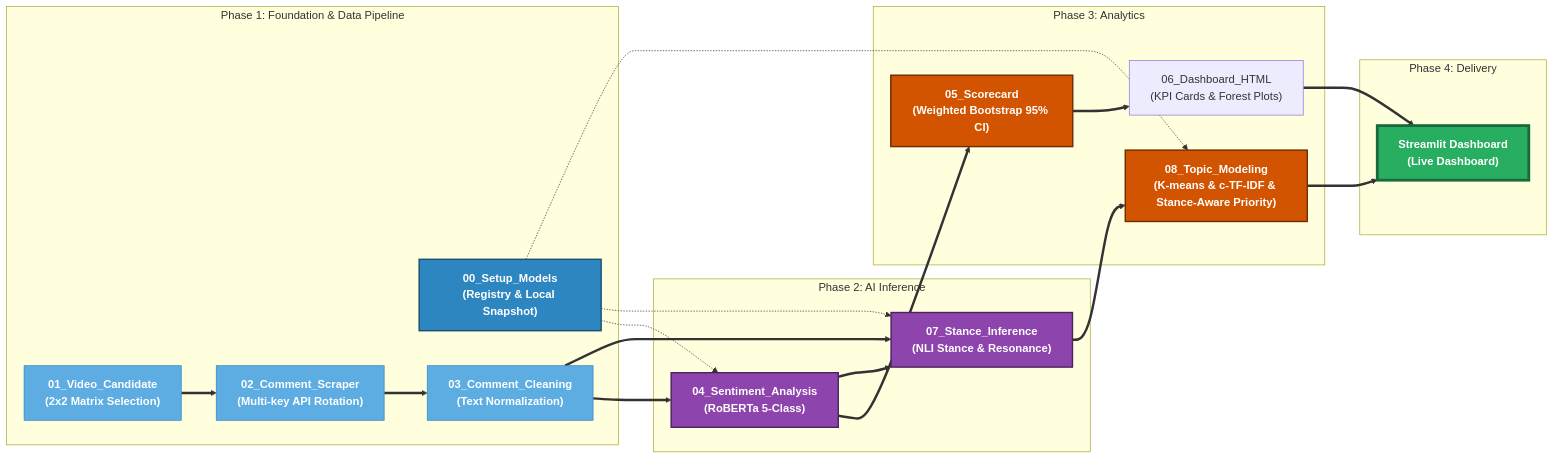
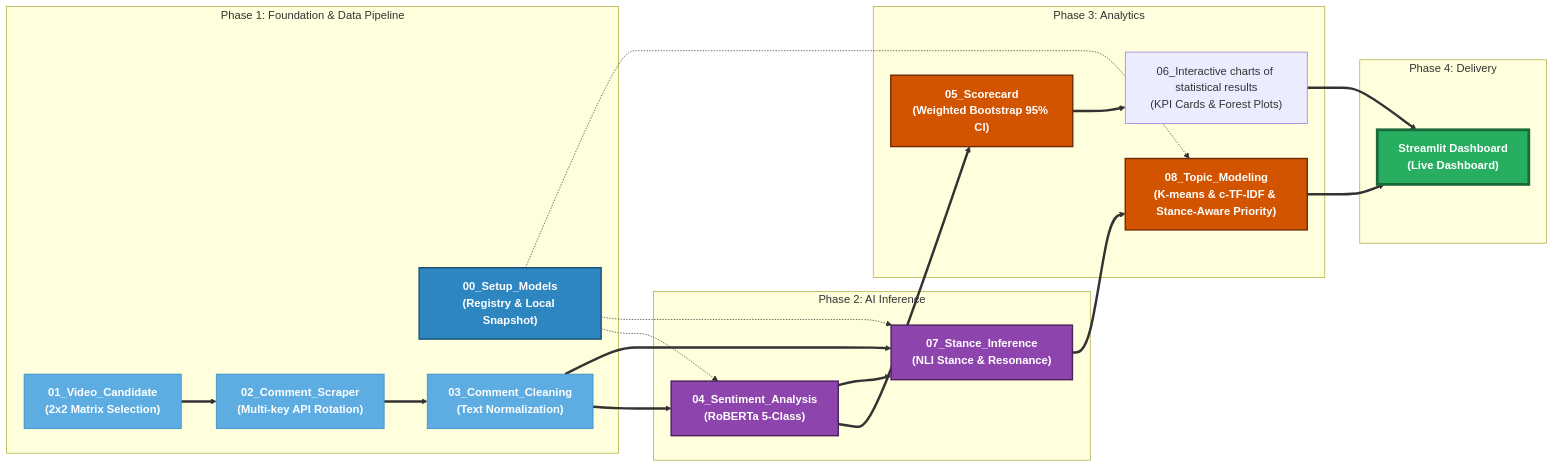
The diagram in readme.md (MangoSh0o-0719/brand-crisis-attribution-engine), drawn with Mermaid before and after one commit.

````diff
--- a/readme.md
+++ b/readme.md
@@ -14,47 +14,47 @@
 ```mermaid
 graph LR
     %% 全局样式定义：高对比度白色文字
     classDef infra fill:#2E86C1,stroke:#1B4F72,stroke-width:2px,color:#fff,font-weight:bold;
     classDef eng fill:#5DADE2,stroke:#2E86C1,stroke-width:1px,color:#fff,font-weight:bold;
     classDef ai fill:#8E44AD,stroke:#4A235A,stroke-width:2px,color:#fff,font-weight:bold;
     classDef stat fill:#D35400,stroke:#6E2C00,stroke-width:2px,color:#fff,font-weight:bold;
     classDef app fill:#27AE60,stroke:#186A3B,stroke-width:4px,color:#fff,font-weight:bold;
 
     subgraph P1 ["Phase 1: Foundation & Data Pipeline"]
         00["00_Setup_Models<br/>(Registry & Local Snapshot)"]
         01["01_Video_Candidate<br/>(2x2 Matrix Selection)"]
         02["02_Comment_Scraper<br/>(Multi-key API Rotation)"]
         03["03_Comment_Cleaning<br/>(Text Normalization)"]
     end
 
     subgraph P2 ["Phase 2: AI Inference"]
         04["04_Sentiment_Analysis<br/>(RoBERTa 5-Class)"]
         07["07_Stance_Inference<br/>(NLI Stance & Resonance)"]
     end
 
     subgraph P3 ["Phase 3: Analytics"]
         05["05_Scorecard<br/>(Weighted Bootstrap 95% CI)"]
         08["08_Topic_Modeling<br/>(K-means & c-TF-IDF & Stance-Aware Priority)"]
-        06["06_Dashboard_HTML<br/>(KPI Cards & Forest Plots)"]
+        06["06_Interactive charts of statistical results<br/>(KPI Cards & Forest Plots)"]
     end
 
     subgraph P4 ["Phase 4: Delivery"]
         App["Streamlit Dashboard<br/>(Live Dashboard)"]
     end
 
     %% 核心数据流
     01 ==> 02 ==> 03 ==> 04 ==> 05 ==> 06 ==> App
     03 ==> 07
     04 ==> 07 ==> 08 ==> App
     00 -.-> 04
     00 -.-> 07
     00 -.-> 08
 
     %% 应用样式
     class 00 infra;
     class 01,02,03 eng;
     class 04,07 ai;
     class 05,08 stat;
     class 06 deliver;
     class App app;
 ```
````
